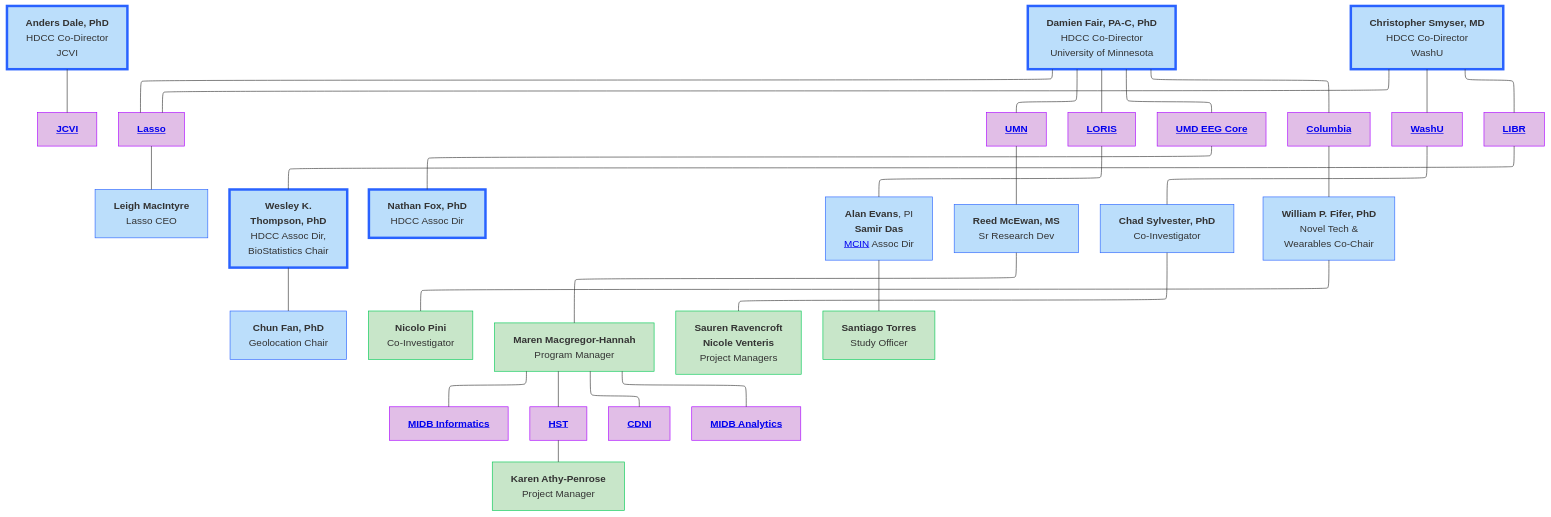
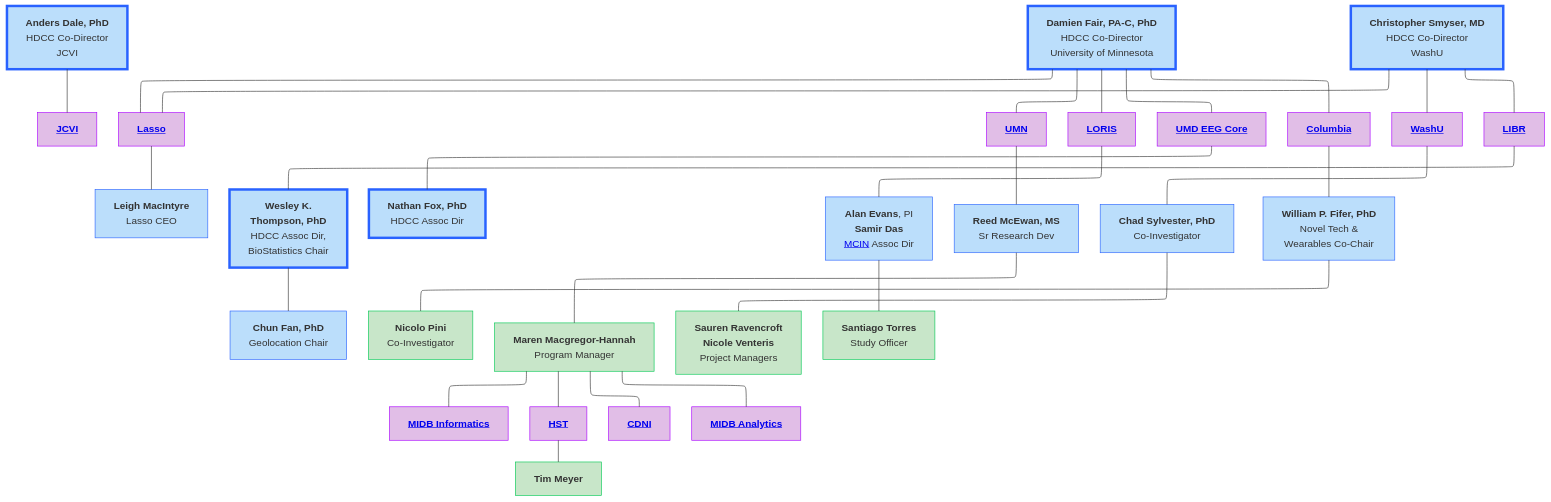
The first of 3 diagrams in docs/orgcharts.md (DCAN-Labs/hbcd-docs-internal), drawn with Mermaid before and after one commit. The commit also changed other lines of this file and 2 other files, not shown here.

````diff
--- a/docs/orgcharts.md
+++ b/docs/orgcharts.md
@@ -31,67 +31,67 @@
 ```mermaid
 ---
 config:
   layout: elk
 ---
 flowchart TB
     n2["<b>Anders Dale, PhD<br></b>HDCC Co-Director<br>JCVI"] --- jcvi["<a href="#j-craig-venter-institute" target="_top"><b>JCVI</b></a>"]
     E["<b>Damien Fair, PA-C, PhD</b><br>HDCC Co-Director<br>University of Minnesota"] --- lasso["<a href="#lasso" target="_top"><b>Lasso</b></a>"] & umn["<a href="#university-of-minnesota" target="_top"><b>UMN</b></a>"] & n7["<a href="#loris" target="_top"><b>LORIS</b></a>"] & n8["<a href="#university-of-maryland" target="_top"><b>UMD EEG Core</b></a>"] & n11["<a href="#columbia-university" target="_top"><b>Columbia</b></a>"]
     lasso --- lasso1["<b>Leigh MacIntyre</b><br>Lasso CEO"]
     n1["<b>Christopher Smyser, MD<br></b>HDCC Co-Director<br>WashU"] --- n10["<a href="#washu" target="_top"><b>WashU</b></a>"] & n12["<a href="#libr" target="_top"><b>LIBR</b></a>"] & lasso
     n16["<b>Wesley K.<br>Thompson, PhD</b><br>HDCC Assoc Dir,<br>BioStatistics Chair"] --- n17["<b>Chun Fan, PhD</b><br>Geolocation Chair"]
     n12 --- n16
     n8 --- n19["<b>Nathan Fox, PhD<br></b>HDCC Assoc Dir"]
     n7 --- n20["<b>Alan Evans</b>, PI<br><b>Samir Das</b><br><a href="https://mcin.ca/about-mcin/" target="_blank">MCIN</a> Assoc Dir"]
     umn --- reed["<b>Reed McEwan, MS</b><br>Sr Research Dev"]
     n10 --- n22["<b>Chad Sylvester, PhD</b><br>Co-Investigator"]
     n11 --- n18["<b>William P. Fifer, PhD</b><br>Novel Tech &<br>Wearables Co-Chair"]
     n18 --- n34["<b>Nicolo Pini</b><br>Co-Investigator"]
     reed --- n30["<b>Maren Macgregor-Hannah</b><br>Program Manager"]
     n30 --- n25["<a href="#midb-informatics-hub-msi" target="_top"><b>MIDB Informatics</b></a>"]
     n30 --- n27["<a href="#health-sciences-technology" target="_top"><b>HST</b></a>"]
     n30 --- n28["<a href="#center-for-developmental-neuroimaging" target="_top"><b>CDNI</b></a>"]
     n30 --- n29["<a href="#midb-analytics-hub" target="_top"><b>MIDB Analytics</b></a>"]
-    n27 --- n31["<b>Karen Athy-Penrose</b><br>Project Manager"]
+    n27 --- n31["<b>Tim Meyer</b>"]
     n22 --- n32["<b>Sauren Ravencroft<br>Nicole Venteris</b><br>Project Managers"]
     n20 --- n33["<b>Santiago Torres</b><br>Study Officer"]
     style n2 fill:#BBDEFB,stroke:#2962FF,stroke-width:4px
     style jcvi fill:#E1BEE7,stroke:#AA00FF
     style E fill:#BBDEFB,stroke:#2962FF,stroke-width:4px
     style lasso fill:#E1BEE7,stroke:#AA00FF
     style umn fill:#E1BEE7,stroke:#AA00FF
     style n7 fill:#E1BEE7,stroke:#AA00FF
     style n8 fill:#E1BEE7,stroke:#AA00FF
     style n11 fill:#E1BEE7,stroke:#AA00FF
     style lasso1 fill:#BBDEFB,stroke:#2962FF
     style n1 fill:#BBDEFB,stroke:#2962FF,stroke-width:4px
     style n10 fill:#E1BEE7,stroke:#AA00FF
     style n12 fill:#E1BEE7,stroke:#AA00FF
     style n16 fill:#BBDEFB,stroke:#2962FF,stroke-width:4px
     style n17 fill:#BBDEFB,stroke:#2962FF
     style n19 fill:#BBDEFB,stroke:#2962FF,stroke-width:4px
     style n20 fill:#BBDEFB,stroke:#2962FF
     style reed fill:#BBDEFB,stroke:#2962FF
     style n22 fill:#BBDEFB,stroke:#2962FF
     style n18 fill:#BBDEFB,stroke:#2962FF
     style n25 fill:#E1BEE7,stroke:#AA00FF
     style n27 fill:#E1BEE7,stroke:#AA00FF
     style n28 fill:#E1BEE7,stroke:#AA00FF
     style n29 fill:#E1BEE7,stroke:#AA00FF
     style n30 fill:#C8E6C9,stroke:#00C853
     style n31 fill:#C8E6C9,stroke:#00C853
     style n32 fill:#C8E6C9,stroke:#00C853
     style n33 fill:#C8E6C9,stroke:#00C853
     style n34 fill:#C8E6C9,stroke:#00C853
     click jcvi "#j-craig-venter-institute"
     click lasso "#lasso"
     click umn "#university-of-minnesota"
     click n7 "#loris"
     click n8 "#university-of-maryland"
     click n10 "#washu"
     click n25 "#midb-informatics-hub-msi"
     click n29 "#midb-analytics-hub"
     click n27 "#health-sciences-technology"
     click n28 "#center-for-developmental-neuroimaging"
     click n12 "#libr"
     click n11 "#columbia-university"
 ```
````
